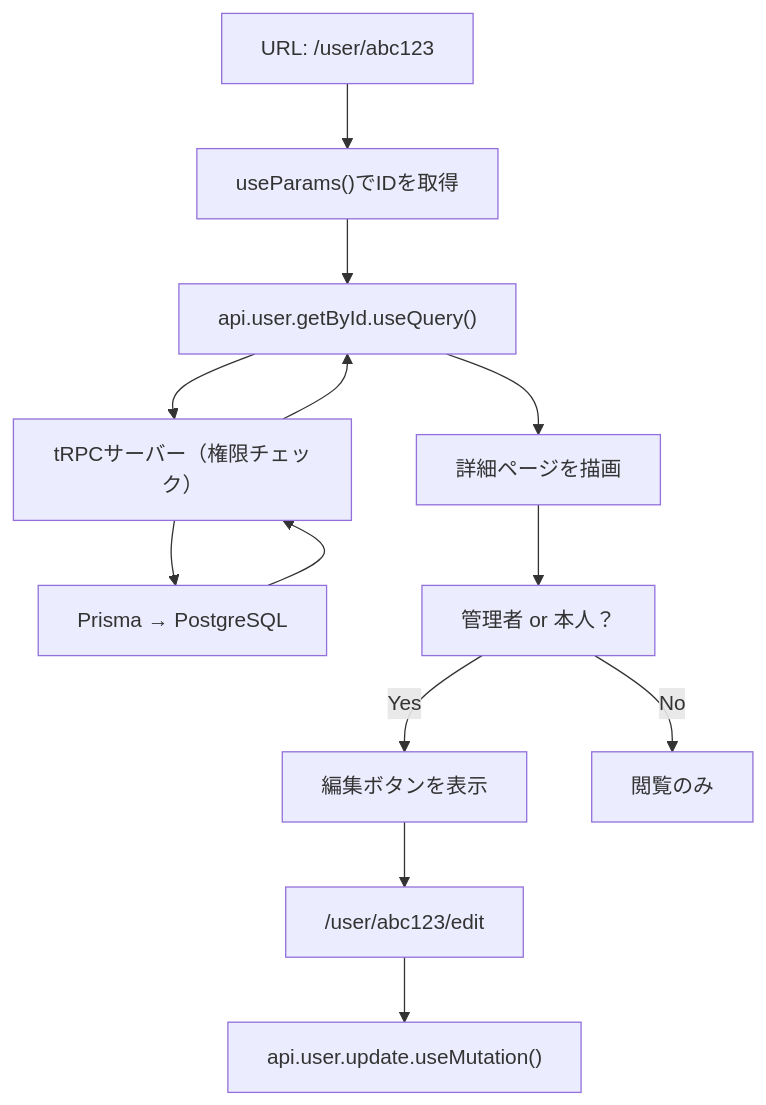
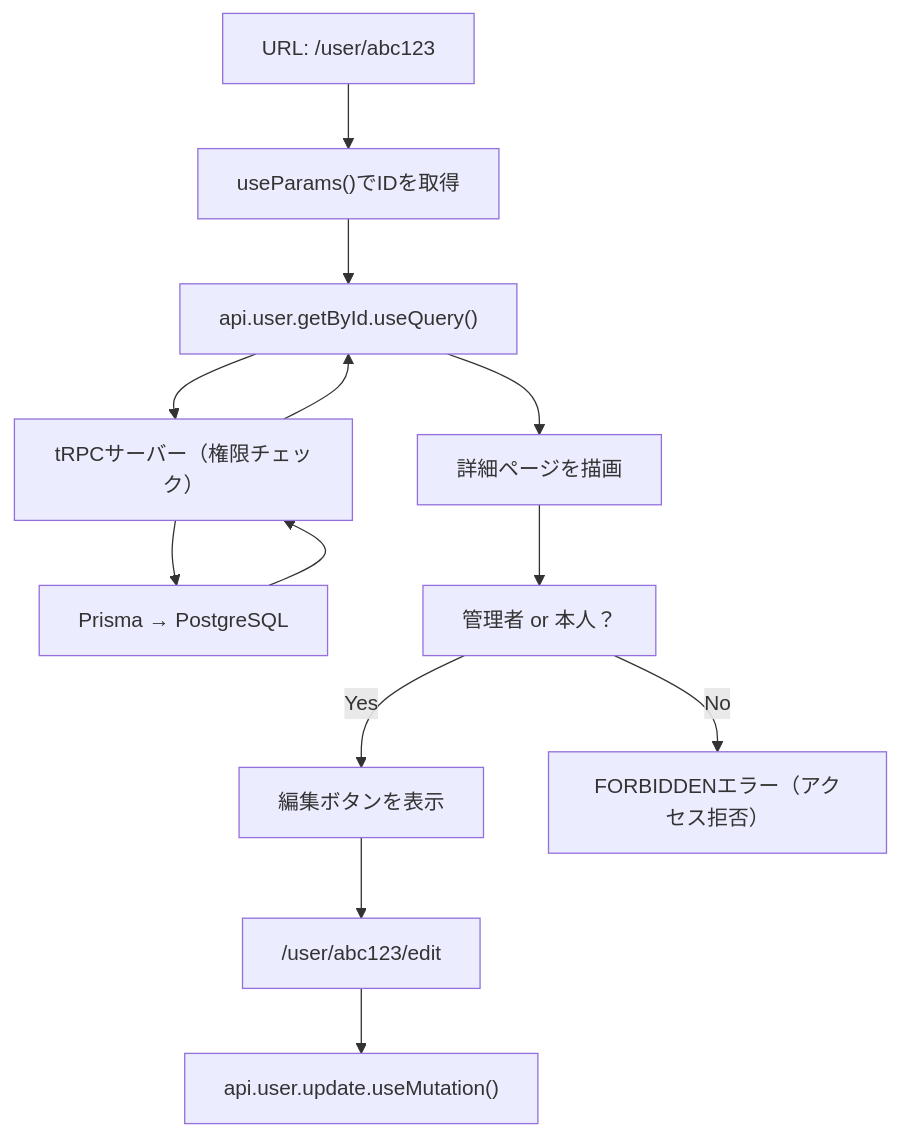
One commit to kouiso/task-app changed the first of 2 diagrams in material/30days-curriculum/day29_ユーザー詳細・編集ページを作ろう.md. Above: the diagram before and after it, drawn with Mermaid. The commit also changed other lines of this file and 65 other files, not shown here.

````diff
--- a/material/30days-curriculum/day29_ユーザー詳細・編集ページを作ろう.md
+++ b/material/30days-curriculum/day29_ユーザー詳細・編集ページを作ろう.md
@@ -23,15 +27,15 @@
 ```mermaid
-graph TD
+flowchart TD
     A["URL: /user/abc123"] --> B["useParams()でIDを取得"]
     B --> C["api.user.getById.useQuery()"]
     C --> D["tRPCサーバー（権限チェック）"]
     D --> E["Prisma → PostgreSQL"]
     E --> D
     D --> C
     C --> F["詳細ページを描画"]
     F --> G["管理者 or 本人？"]
     G -->|Yes| H["編集ボタンを表示"]
-    G -->|No| I["閲覧のみ"]
+    G -->|No| I["FORBIDDENエラー（アクセス拒否）"]
     H --> J["/user/abc123/edit"]
     J --> K["api.user.update.useMutation()"]
 ```
````
